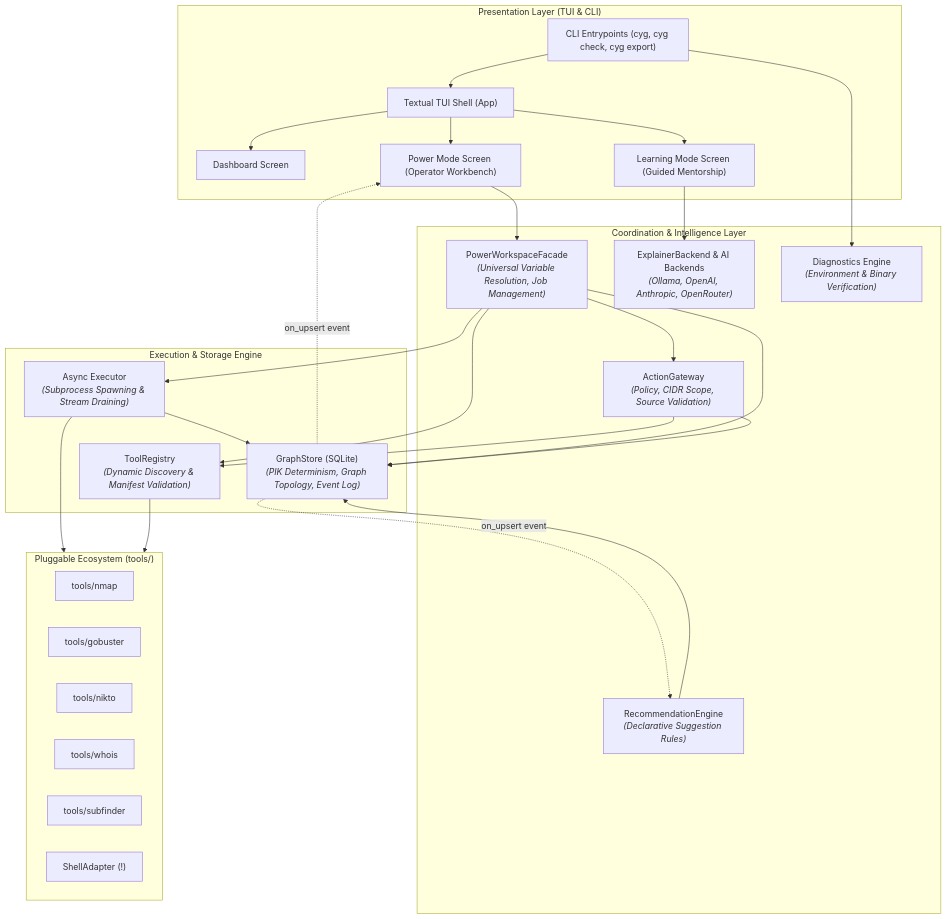
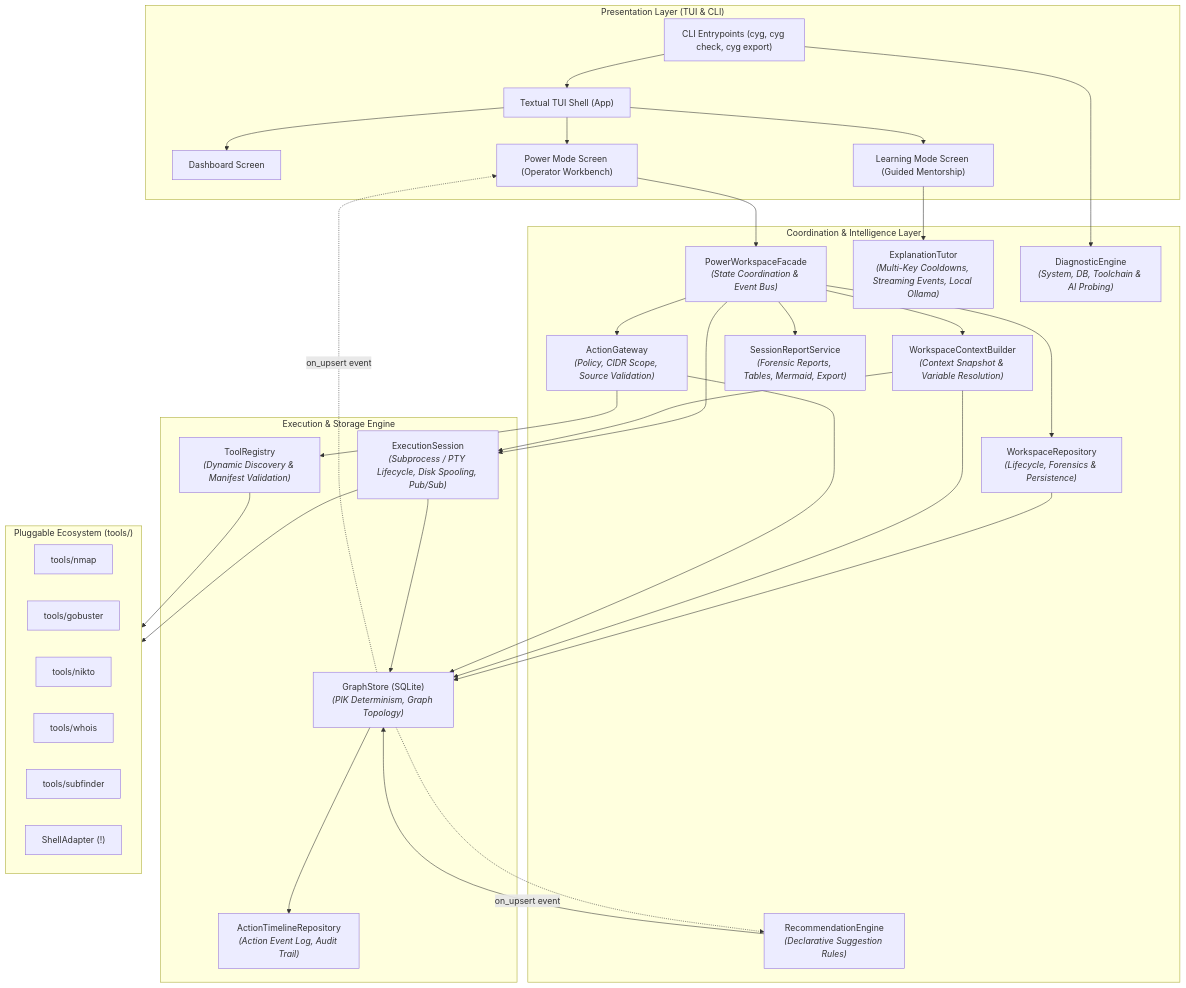
Before and after one commit to h45sh/cyguide: the first of 4 diagrams in docs/developer/ARCHITECTURE.md, drawn with Mermaid. The commit also changed other lines of this file and 2 other files, not shown here.

Commit message:
docs(architecture): update architecture specification and adr for deep modules refactoring

````diff
--- a/docs/developer/ARCHITECTURE.md
+++ b/docs/developer/ARCHITECTURE.md
@@ -45,56 +45,66 @@
 ```mermaid
 graph TB
     subgraph PresentationLayer["Presentation Layer (TUI & CLI)"]
         CLI["CLI Entrypoints (cyg, cyg check, cyg export)"]
         TUI["Textual TUI Shell (App)"]
         DashScreen["Dashboard Screen"]
         PowerScreen["Power Mode Screen (Operator Workbench)"]
         LearnScreen["Learning Mode Screen (Guided Mentorship)"]
     end
 
     subgraph CoordinationLayer["Coordination & Intelligence Layer"]
-        Facade["PowerWorkspaceFacade<br><i>(Universal Variable Resolution, Job Management)</i>"]
+        Facade["PowerWorkspaceFacade<br><i>(State Coordination & Event Bus)</i>"]
+        Context["WorkspaceContextBuilder<br><i>(Context Snapshot & Variable Resolution)</i>"]
+        Workspaces["WorkspaceRepository<br><i>(Lifecycle, Forensics & Persistence)</i>"]
         Gateway["ActionGateway<br><i>(Policy, CIDR Scope, Source Validation)</i>"]
         RecEngine["RecommendationEngine<br><i>(Declarative Suggestion Rules)</i>"]
-        Explainer["ExplainerBackend & AI Backends<br><i>(Ollama, OpenAI, Anthropic, OpenRouter)</i>"]
-        Diag["Diagnostics Engine<br><i>(Environment & Binary Verification)</i>"]
+        Tutor["ExplanationTutor<br><i>(Multi-Key Cooldowns, Streaming Events, Local Ollama)</i>"]
+        Diag["DiagnosticEngine<br><i>(System, DB, Toolchain & AI Probing)</i>"]
+        Report["SessionReportService<br><i>(Forensic Reports, Tables, Mermaid, Export)</i>"]
     end
 
     subgraph CoreEngine["Execution & Storage Engine"]
-        Executor["Async Executor<br><i>(Subprocess Spawning & Stream Draining)</i>"]
-        Store["GraphStore (SQLite)<br><i>(PIK Determinism, Graph Topology, Event Log)</i>"]
+        ExecSession["ExecutionSession<br><i>(Subprocess / PTY Lifecycle, Disk Spooling, Pub/Sub)</i>"]
+        Store["GraphStore (SQLite)<br><i>(PIK Determinism, Graph Topology)</i>"]
+        Timeline["ActionTimelineRepository<br><i>(Action Event Log, Audit Trail)</i>"]
         Registry["ToolRegistry<br><i>(Dynamic Discovery & Manifest Validation)</i>"]
     end
 
     subgraph PluginLayer["Pluggable Ecosystem (tools/)"]
         Nmap["tools/nmap"]
         Gobuster["tools/gobuster"]
         Nikto["tools/nikto"]
         Whois["tools/whois"]
         Subfinder["tools/subfinder"]
         Shell["ShellAdapter (!)"]
     end
 
     CLI --> TUI
     TUI --> DashScreen
     TUI --> PowerScreen
     TUI --> LearnScreen
 
     PowerScreen --> Facade
-    LearnScreen --> Explainer
+    LearnScreen --> Tutor
     CLI --> Diag
 
     Facade --> Gateway
-    Facade --> Store
-    Facade --> Registry
+    Facade --> Context
+    Facade --> Workspaces
+    Facade --> Report
+    Facade --> ExecSession
+    Workspaces --> Store
+    Store --> Timeline
+    Context --> Store
+    Context --> ExecSession
+
     Gateway --> Registry
     Gateway --> Store
-    Facade --> Executor
     RecEngine --> Store
     Store -.->|on_upsert event| RecEngine
     Store -.->|on_upsert event| PowerScreen
 
-    Executor --> PluginLayer
+    ExecSession --> PluginLayer
     Registry --> PluginLayer
-    Executor --> Store
+    ExecSession --> Store
 ```
````
